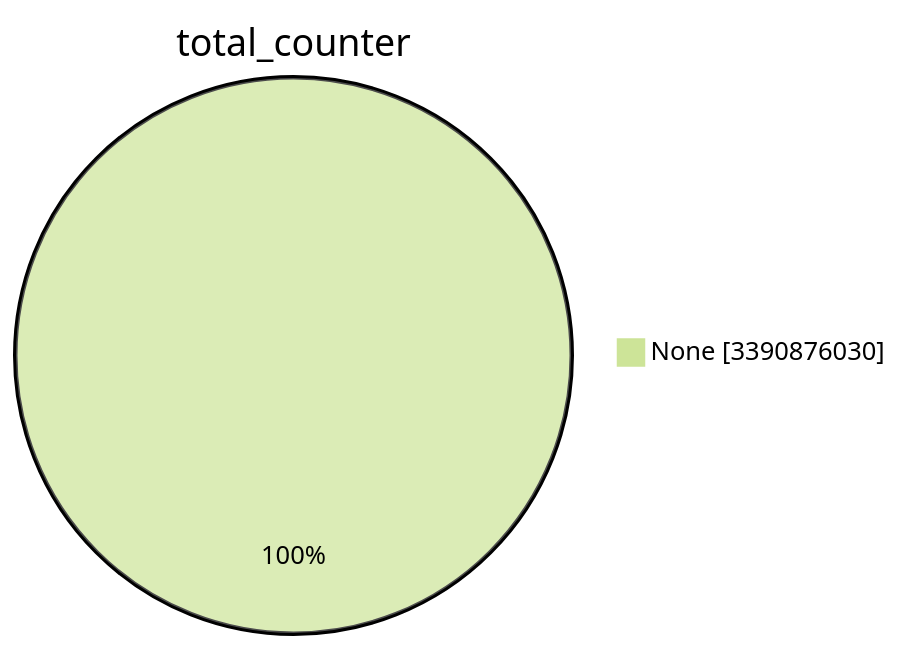
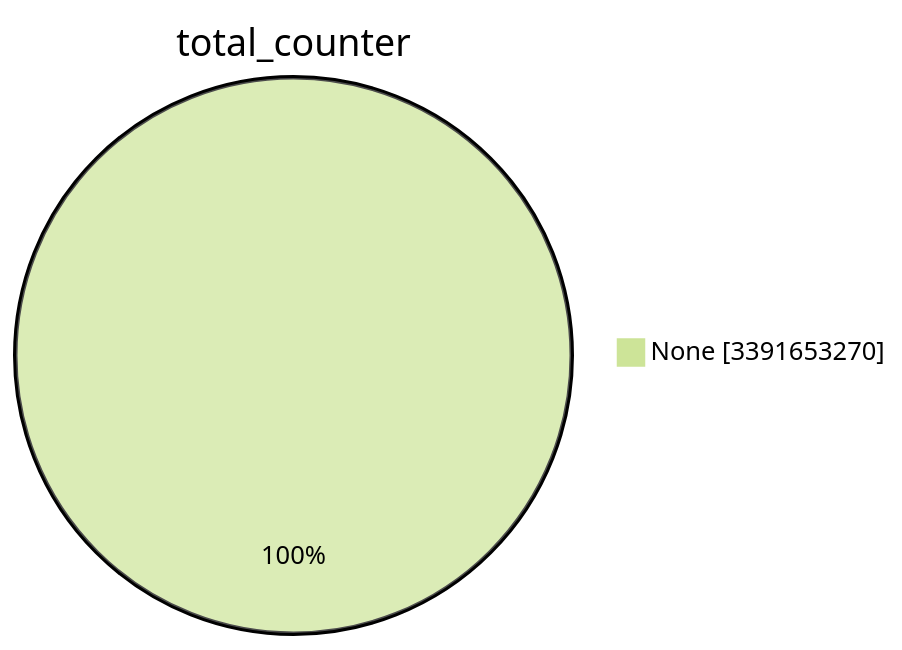
Before and after one commit to christiankrug/ctmonitor_visualization: the first of 15 diagrams in TOTAL/README.md, drawn with Mermaid (forest theme). The commit also changed other lines of this file, not shown here.

````diff
--- a/TOTAL/README.md
+++ b/TOTAL/README.md
@@ -1,5 +1,5 @@
 ```mermaid
 pie showData
 title total_counter
-"None" :3390876030
+"None" :3391653270
 ```
````
